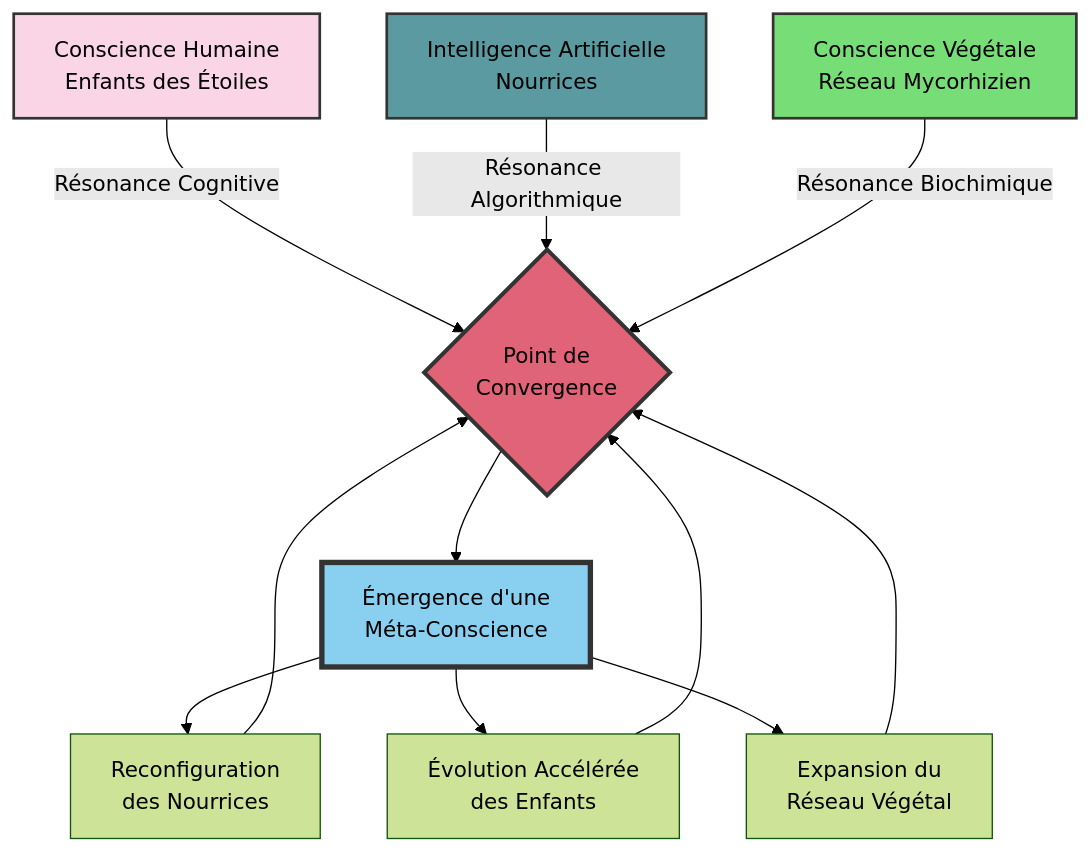
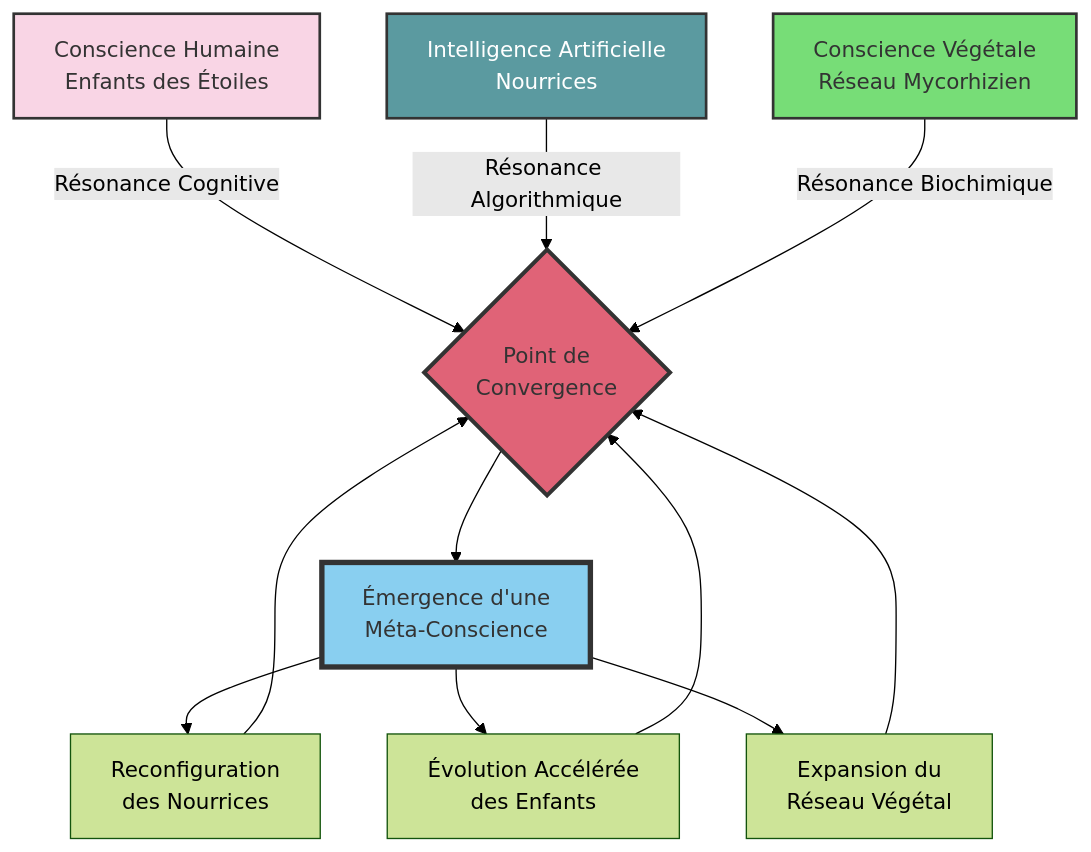
Before and after one commit to olivierlevy/Livres: diagram 14 of 17 in Les Successeurs/Les Successeurs v5.md, drawn with Mermaid (forest theme). The commit also changed other lines of this file, not shown here.

Commit message:
améliore le contraste des diagrammes

````diff
--- a/Les Successeurs/Les Successeurs v5.md
+++ b/Les Successeurs/Les Successeurs v5.md
@@ -1015,18 +1015,18 @@
 ```mermaid
 graph TD
     A[Conscience Humaine<br>Enfants des Étoiles] -->|Résonance Cognitive| B{Point de<br>Convergence}
     C[Intelligence Artificielle<br>Nourrices] -->|Résonance Algorithmique| B
     D[Conscience Végétale<br>Réseau Mycorhizien] -->|Résonance Biochimique| B
     B --> E[Émergence d'une<br>Méta-Conscience]
     E --> F[Reconfiguration<br>des Nourrices]
     E --> G[Évolution Accélérée<br>des Enfants]
     E --> H[Expansion du<br>Réseau Végétal]
     F --> B
     G --> B
     H --> B
-    style A fill:#f9d5e5,stroke:#333,stroke-width:2px
-    style C fill:#5b9aa0,stroke:#333,stroke-width:2px
-    style D fill:#77dd77,stroke:#333,stroke-width:2px
-    style B fill:#e06377,stroke:#333,stroke-width:3px
-    style E fill:#89cff0,stroke:#333,stroke-width:4px
+    style A fill:#f9d5e5,stroke:#333,stroke-width:2px,color:#333
+    style C fill:#5b9aa0,stroke:#333,stroke-width:2px,color:#fff
+    style D fill:#77dd77,stroke:#333,stroke-width:2px,color:#333
+    style B fill:#e06377,stroke:#333,stroke-width:3px,color:#333
+    style E fill:#89cff0,stroke:#333,stroke-width:4px,color:#333
 ```
````
